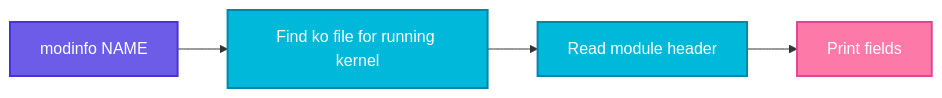
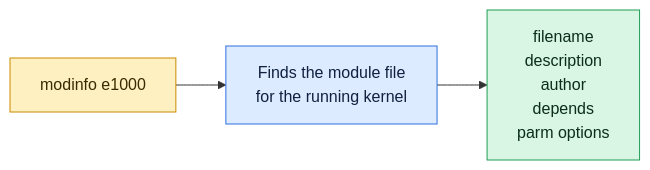
Before and after one commit to codeKerdosTech/DevOps-Documentation: the diagram in linux/system-info/modinfo.md, drawn with Mermaid. The commit also changed other lines of this file and 165 other files, not shown here.

Commit message:
updated diagrams in linux

````diff
--- a/linux/system-info/modinfo.md
+++ b/linux/system-info/modinfo.md
@@ -14,12 +14,12 @@
 ```mermaid
 flowchart LR
-    A[modinfo NAME] --> B[Find ko file for running kernel]
-    B --> C[Read module header]
-    C --> D[Print fields]
-    classDef start fill:#6C5CE7,stroke:#4834D4,stroke-width:2px,color:#fff
-    classDef proc fill:#00B8D9,stroke:#0087A8,stroke-width:2px,color:#fff
-    classDef out fill:#FD79A8,stroke:#E84393,stroke-width:2px,color:#fff
-    class A start
-    class B,C proc
-    class D out
+    c1[modinfo e1000] --> i1[Finds the module file<br/>for the running kernel] --> o1[filename<br/>description<br/>author<br/>depends<br/>parm options]
+    classDef inp fill:#DCEBFF,stroke:#2F6FDE,color:#10213F
+    classDef cmd fill:#FFF0C2,stroke:#C98A00,color:#3A2A00
+    classDef out fill:#D9F5E3,stroke:#1F9D55,color:#0B2E1A
+    classDef bad fill:#FDE0E0,stroke:#D13B3B,color:#4A0F0F
+    classDef note fill:#ECEFF3,stroke:#7B8794,color:#1F2933
+    class c1 cmd
+    class i1 inp
+    class o1 out
 ```
````
